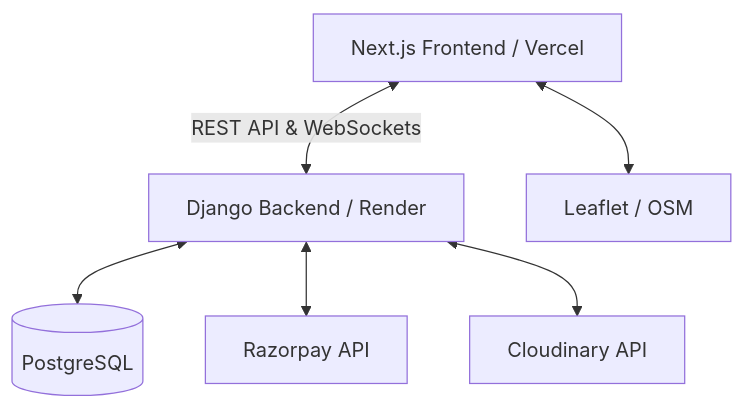
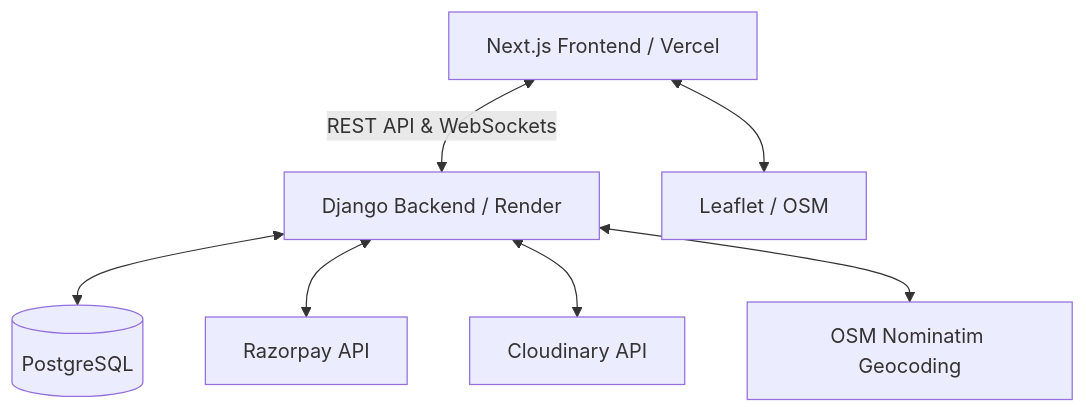
The diagram in docs/HLD.md (Abhay0p/RentEase), drawn with Mermaid before and after one commit. The commit also changed other lines of this file and 4 other files, not shown here.

Commit message:
Implement mobile-responsive slide-out drawer for Management Suite and update architecture documentation

````diff
--- a/docs/HLD.md
+++ b/docs/HLD.md
@@ -7,8 +7,9 @@
 ```mermaid
 graph TD
     Client[Next.js Frontend / Vercel] <-->|REST API & WebSockets| API[Django Backend / Render]
     API <--> DB[(PostgreSQL)]
     API <--> Razorpay[Razorpay API]
     API <--> Cloudinary[Cloudinary API]
+    API <--> Nominatim[OSM Nominatim Geocoding]
     Client <--> Leaflet[Leaflet / OSM]
 ```
````
